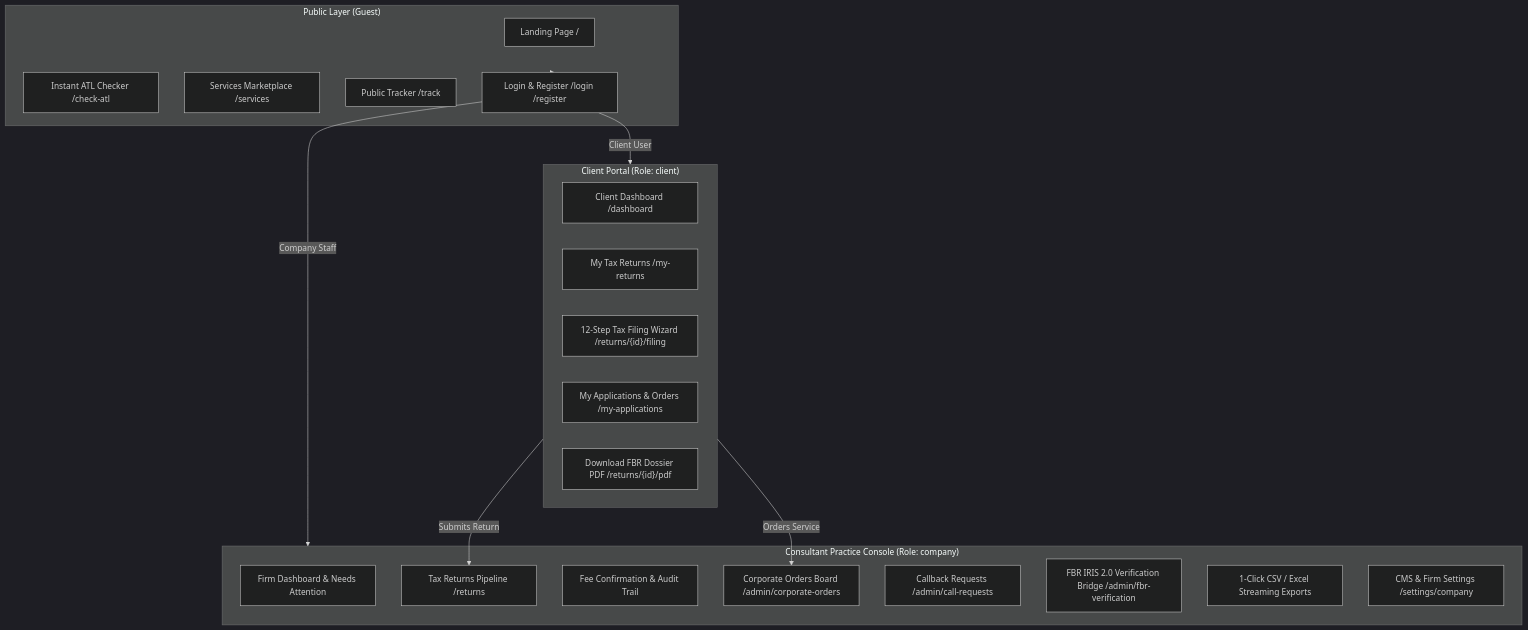
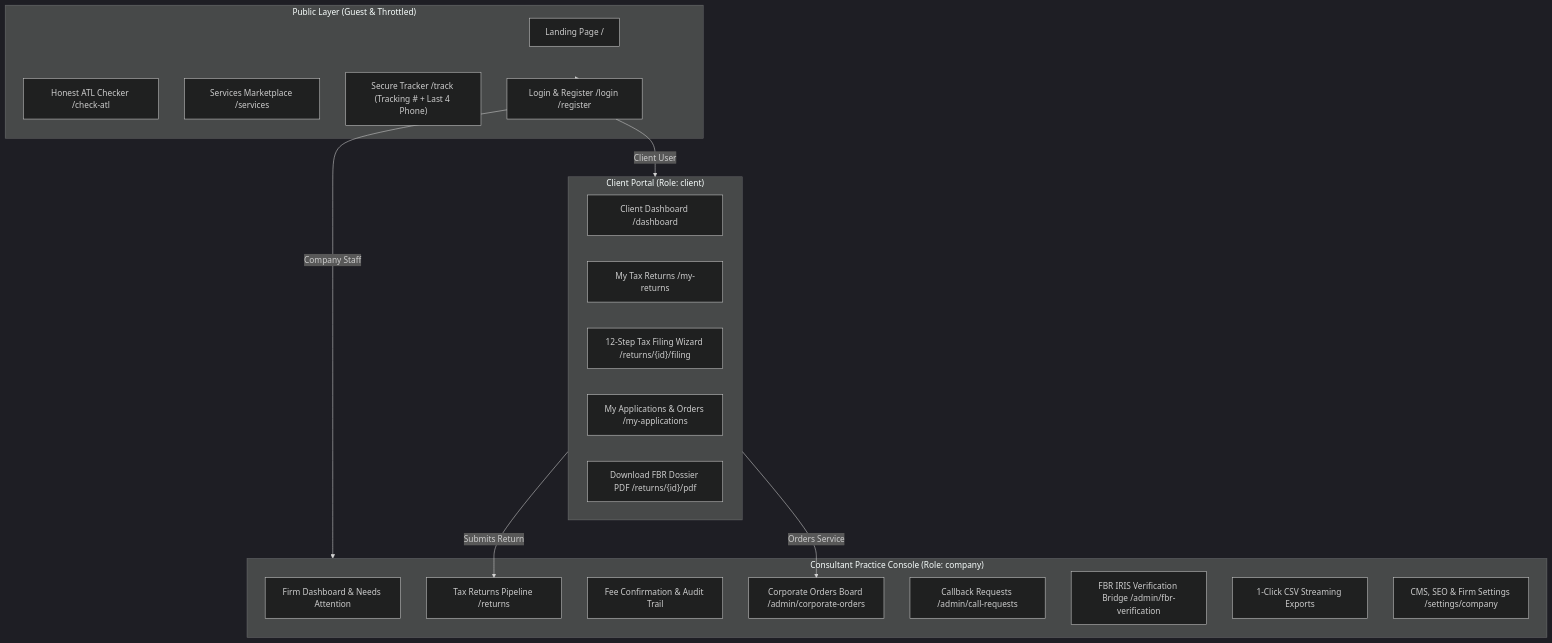
Before and after one commit to mouz313/Taxflilling: the first of 9 diagrams in APPLICATION_FLOW.md, drawn with Mermaid (dark theme). The commit also changed other lines of this file and 14 other files, not shown here.

````diff
--- a/APPLICATION_FLOW.md
+++ b/APPLICATION_FLOW.md
@@ -27,35 +29,35 @@
 ```mermaid
 flowchart TD
-    subgraph Public["Public Layer (Guest)"]
+    subgraph Public["Public Layer (Guest & Throttled)"]
         Landing["Landing Page /"]
-        ATL["Instant ATL Checker /check-atl"]
+        ATL["Honest ATL Checker /check-atl"]
         Catalog["Services Marketplace /services"]
-        Track["Public Tracker /track"]
+        Track["Secure Tracker /track (Tracking # + Last 4 Phone)"]
         Auth["Login & Register /login /register"]
     end
 
     subgraph ClientPortal["Client Portal (Role: client)"]
         CDash["Client Dashboard /dashboard"]
         MyReturns["My Tax Returns /my-returns"]
         Wizard["12-Step Tax Filing Wizard /returns/{id}/filing"]
         MyApps["My Applications & Orders /my-applications"]
         PdfDown["Download FBR Dossier PDF /returns/{id}/pdf"]
     end
 
     subgraph AdminPortal["Consultant Practice Console (Role: company)"]
         ADash["Firm Dashboard & Needs Attention"]
         Pipeline["Tax Returns Pipeline /returns"]
         FeeConfirm["Fee Confirmation & Audit Trail"]
         Orders["Corporate Orders Board /admin/corporate-orders"]
         Leads["Callback Requests /admin/call-requests"]
-        FBRBridge["FBR IRIS 2.0 Verification Bridge /admin/fbr-verification"]
-        Exports["1-Click CSV / Excel Streaming Exports"]
-        CMS["CMS & Firm Settings /settings/company"]
+        FBRBridge["FBR IRIS Verification Bridge /admin/fbr-verification"]
+        Exports["1-Click CSV Streaming Exports"]
+        CMS["CMS, SEO & Firm Settings /settings/company"]
     end
 
     Public --> Auth
     Auth -->|Client User| ClientPortal
     Auth -->|Company Staff| AdminPortal
     ClientPortal -->|Submits Return| Pipeline
     ClientPortal -->|Orders Service| Orders
 ```
````
